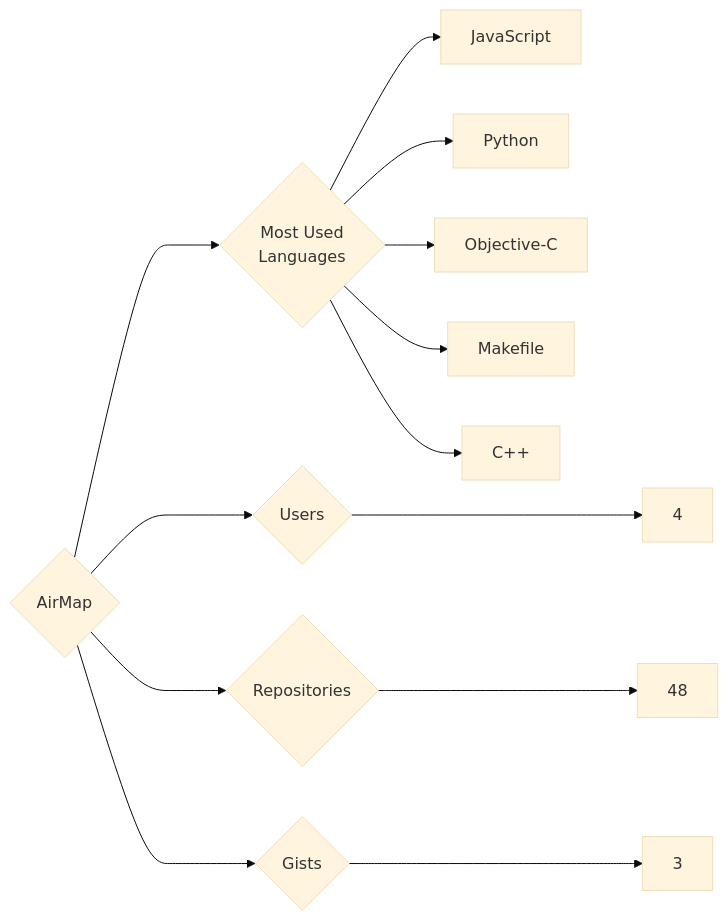
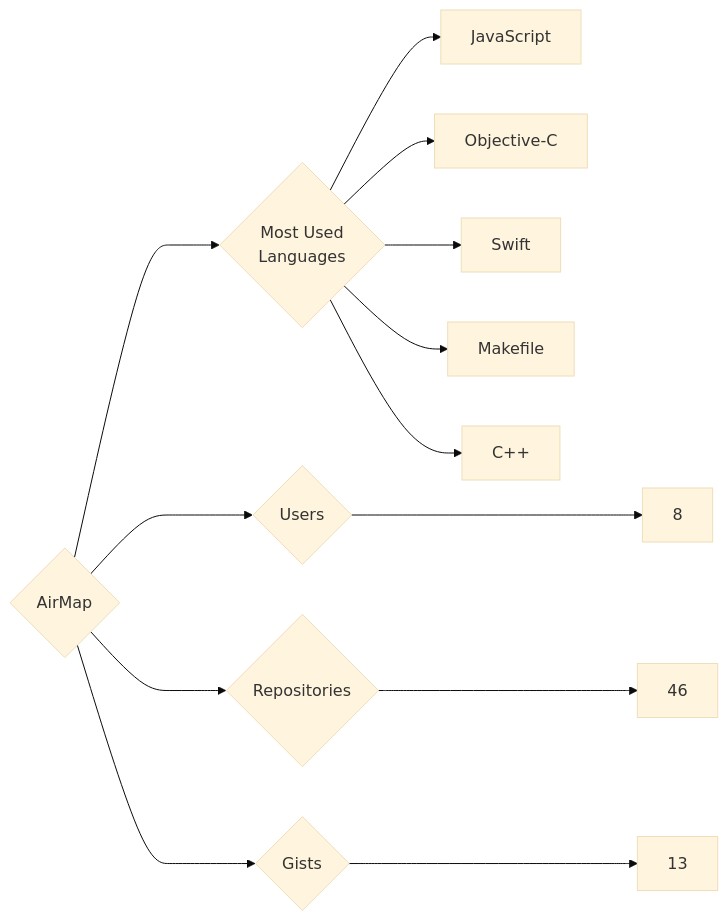
One commit to trickest/insiders changed the diagram in targets/AirMap/README.md. Above: the diagram before and after it, drawn with Mermaid (base theme). The commit also changed 1149 other files, not shown here.

````diff
--- a/targets/AirMap/README.md
+++ b/targets/AirMap/README.md
@@ -3,13 +3,13 @@
 ```mermaid
 graph LR
 COMPANY_NAME{AirMap}
-COMPANY_NAME ---> U{Users} ---> UN[4]
-COMPANY_NAME ---> R{Repositories} ---> RN[48]
-COMPANY_NAME ---> G{Gists} ---> GN[3]
+COMPANY_NAME ---> U{Users} ---> UN[8]
+COMPANY_NAME ---> R{Repositories} ---> RN[46]
+COMPANY_NAME ---> G{Gists} ---> GN[13]
 COMPANY_NAME ---> ML{Most Used<br>Languages}
 ML --> JavaScript[JavaScript]
-ML --> Python[Python]
 ML --> Objective-C[Objective-C]
+ML --> Swift[Swift]
 ML --> Makefile[Makefile]
 ML --> C++[C++]
 ```
````
